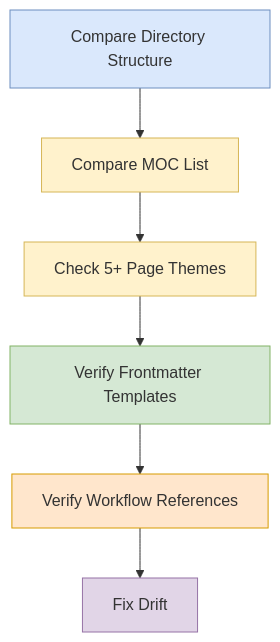
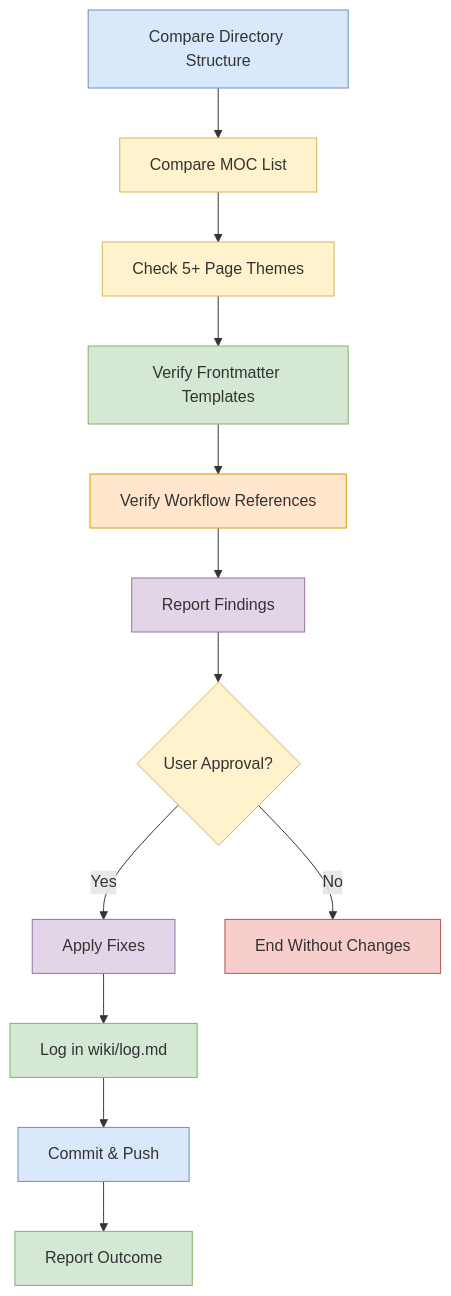
The diagram in workflows/audit/schema-self-audit.md (CompleteTech-LLC-AI-Research/beyond-the-token-bottleneck), drawn with Mermaid before and after one commit. The commit also changed other lines of this file and 1 other file, not shown here.

Commit message:
refactor(workflow): fix schema-self-audit.md — add missing commit, log, and base checklist steps
Adds user-approval gate (step 7), log step (step 8), commit-and-push
fragment reference with chaining contract (step 9), and final report
step (step 10). Updates Mermaid diagram to reflect the new flow.
Also registers schema-self-audit as a caller in commit-and-push.md's
Used-by footer.

````diff
--- a/workflows/audit/schema-self-audit.md
+++ b/workflows/audit/schema-self-audit.md
@@ -3,15 +3,27 @@
 ```mermaid
 graph TD
     A[Compare Directory Structure] --> B[Compare MOC List]
     B --> C[Check 5+ Page Themes]
     C --> D[Verify Frontmatter Templates]
     D --> E[Verify Workflow References]
-    E --> F[Fix Drift]
+    E --> F[Report Findings]
+    F --> G{User Approval?}
+    G -->|Yes| H[Apply Fixes]
+    H --> I[Log in wiki/log.md]
+    I --> J[Commit & Push]
+    J --> K[Report Outcome]
+    G -->|No| L[End Without Changes]
 
     style A fill:#dae8fc,stroke:#6c8ebf,color:#333
     style B fill:#fff2cc,stroke:#d6b656,color:#333
     style C fill:#fff2cc,stroke:#d6b656,color:#333
     style D fill:#d5e8d4,stroke:#82b366,color:#333
     style E fill:#ffe6cc,stroke:#d79b00,color:#333
     style F fill:#e1d5e7,stroke:#9673a6,color:#333
+    style G fill:#fff2cc,stroke:#d6b656,color:#333
+    style H fill:#e1d5e7,stroke:#9673a6,color:#333
+    style I fill:#d5e8d4,stroke:#82b366,color:#333
+    style J fill:#dae8fc,stroke:#6c8ebf,color:#333
+    style K fill:#d5e8d4,stroke:#82b366,color:#333
+    style L fill:#f8cecc,stroke:#b85450,color:#333
 ```
````
